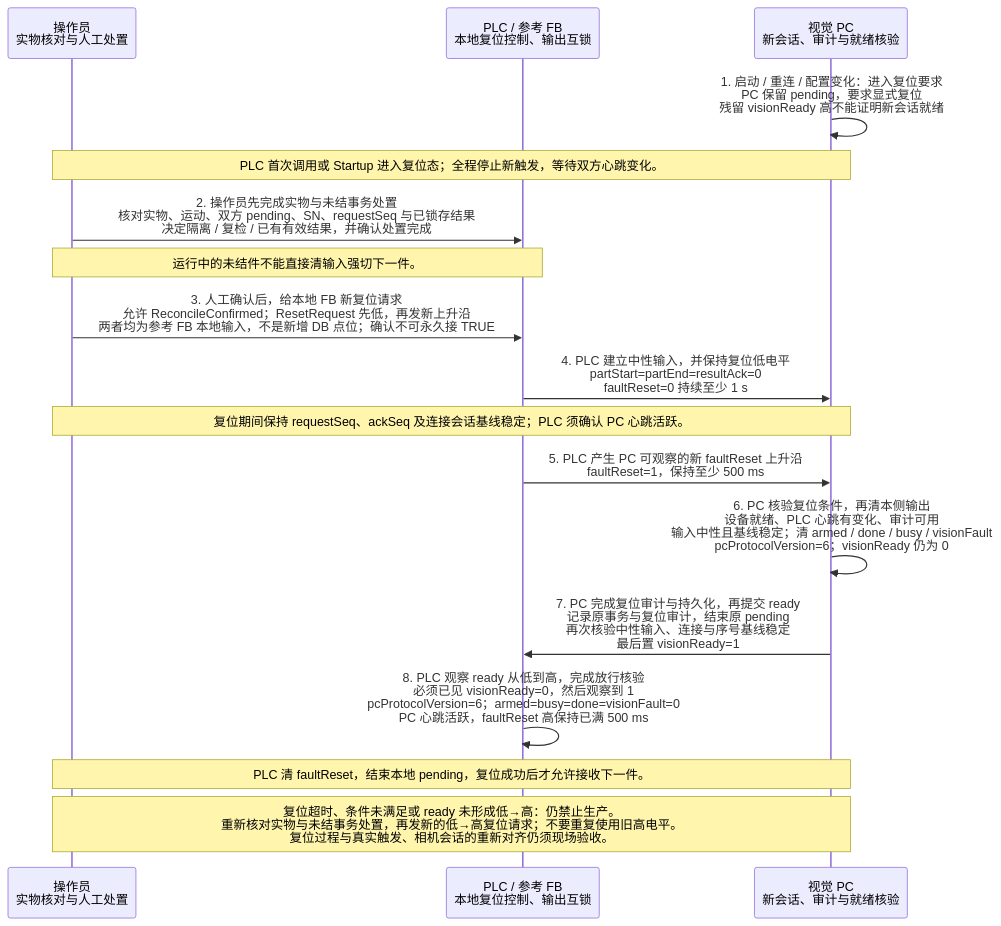
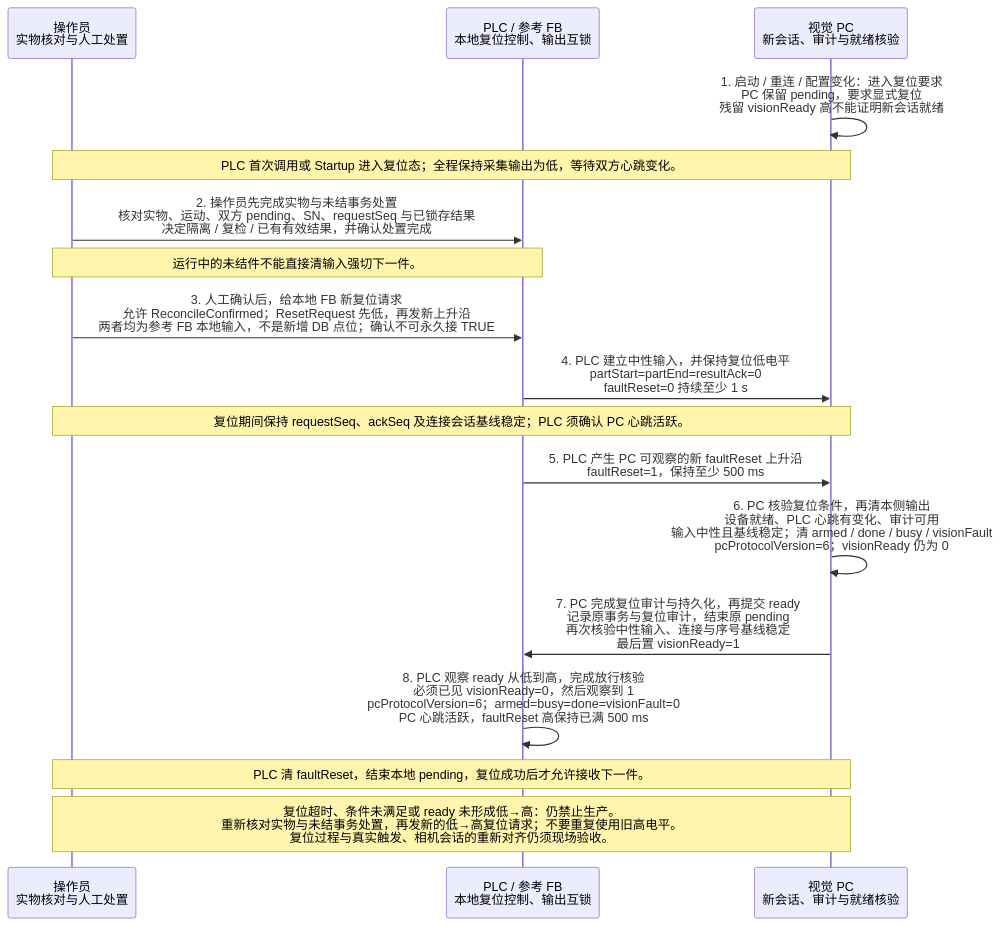
The third of 3 diagrams in docs/integration/plc-communication-protocol.md (liangyuR/ly-gluesight), drawn with Mermaid before and after one commit. The commit also changed other lines of this file and 86 other files, not shown here.

````diff
--- a/docs/integration/plc-communication-protocol.md
+++ b/docs/integration/plc-communication-protocol.md
@@ -359,20 +272,20 @@
 ```mermaid
 sequenceDiagram
     participant OP as 操作员<br/>实物核对与人工处置
     participant PLC as PLC / 参考 FB<br/>本地复位控制、输出互锁
     participant PC as 视觉 PC<br/>新会话、审计与就绪核验
 
     PC->>PC: 1. 启动 / 重连 / 配置变化：进入复位要求<br/>PC 保留 pending，要求显式复位<br/>残留 visionReady 高不能证明新会话就绪
-    Note over OP,PC: PLC 首次调用或 Startup 进入复位态；全程停止新触发，等待双方心跳变化。
+    Note over OP,PC: PLC 首次调用或 Startup 进入复位态；全程保持采集输出为低，等待双方心跳变化。
     OP->>PLC: 2. 操作员先完成实物与未结事务处置<br/>核对实物、运动、双方 pending、SN、requestSeq 与已锁存结果<br/>决定隔离 / 复检 / 已有有效结果，并确认处置完成
     Note over OP,PLC: 运行中的未结件不能直接清输入强切下一件。
     OP->>PLC: 3. 人工确认后，给本地 FB 新复位请求<br/>允许 ReconcileConfirmed；ResetRequest 先低，再发新上升沿<br/>两者均为参考 FB 本地输入，不是新增 DB 点位；确认不可永久接 TRUE
     PLC->>PC: 4. PLC 建立中性输入，并保持复位低电平<br/>partStart=partEnd=resultAck=0<br/>faultReset=0 持续至少 1 s
     Note over OP,PC: 复位期间保持 requestSeq、ackSeq 及连接会话基线稳定；PLC 须确认 PC 心跳活跃。
     PLC->>PC: 5. PLC 产生 PC 可观察的新 faultReset 上升沿<br/>faultReset=1，保持至少 500 ms
     PC->>PC: 6. PC 核验复位条件，再清本侧输出<br/>设备就绪、PLC 心跳有变化、审计可用<br/>输入中性且基线稳定；清 armed / done / busy / visionFault<br/>pcProtocolVersion=6；visionReady 仍为 0
     PC->>PLC: 7. PC 完成复位审计与持久化，再提交 ready<br/>记录原事务与复位审计，结束原 pending<br/>再次核验中性输入、连接与序号基线稳定<br/>最后置 visionReady=1
     PLC->>PLC: 8. PLC 观察 ready 从低到高，完成放行核验<br/>必须已见 visionReady=0，然后观察到 1<br/>pcProtocolVersion=6；armed=busy=done=visionFault=0<br/>PC 心跳活跃，faultReset 高保持已满 500 ms
     Note over OP,PC: PLC 清 faultReset，结束本地 pending，复位成功后才允许接收下一件。
     Note over OP,PC: 复位超时、条件未满足或 ready 未形成低→高：仍禁止生产。<br/>重新核对实物与未结事务处置，再发新的低→高复位请求；不要重复使用旧高电平。<br/>复位过程与真实触发、相机会话的重新对齐仍须现场验收。
 ```
````
